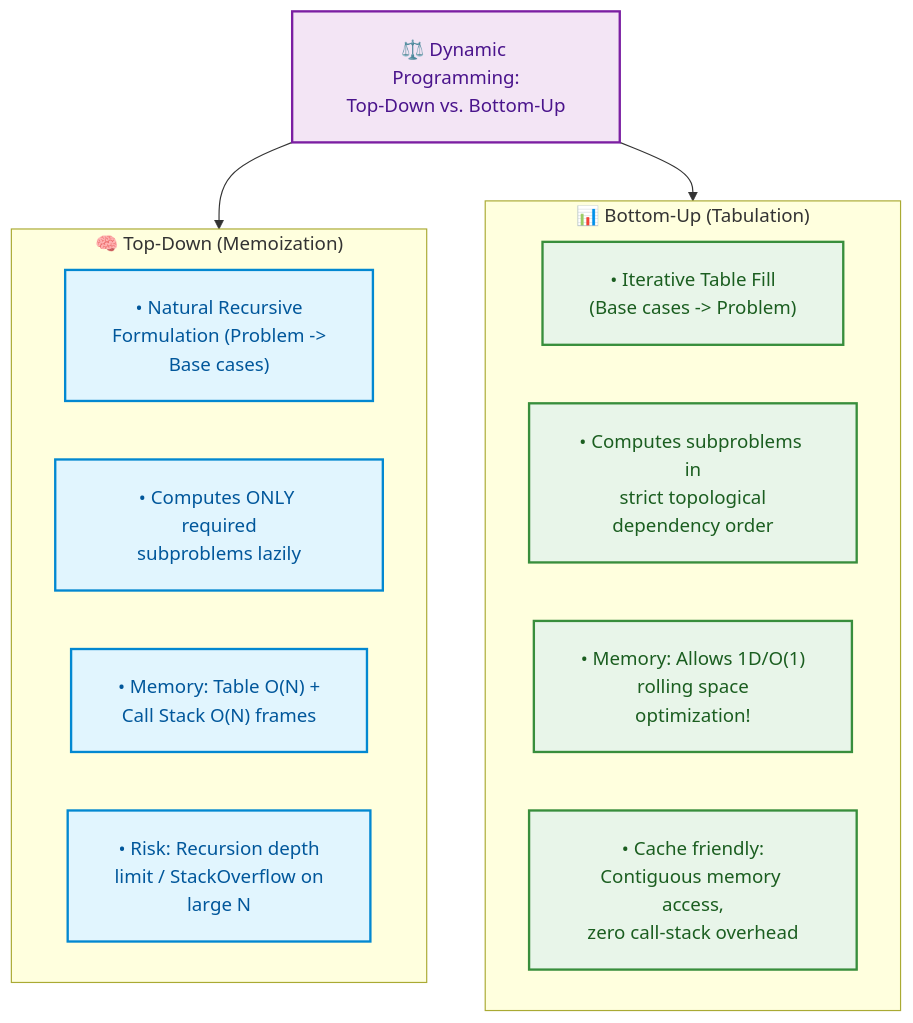
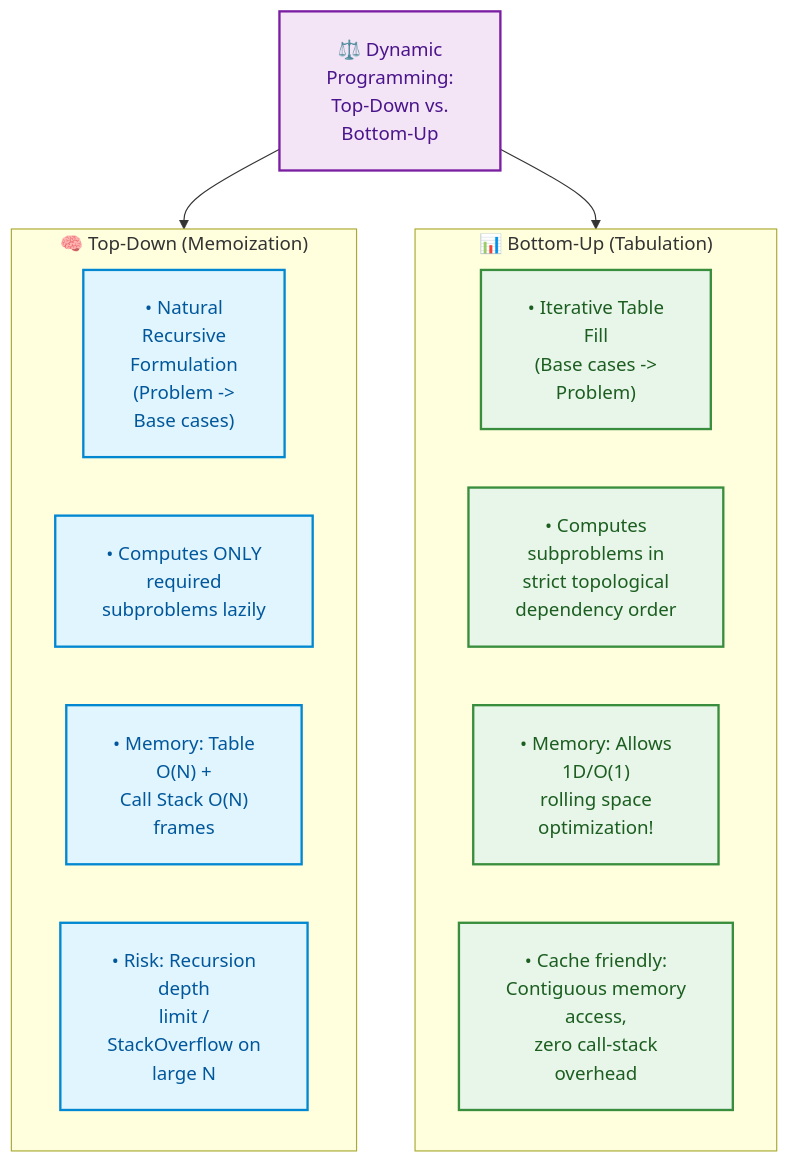
The first of 2 diagrams in week_10_dynamic_programming_i_fundamentals/WEEK_10_FULL_PLAYBOOK.md (dip4k/DSA_102), drawn with Mermaid before and after one commit. The commit also changed other lines of this file and 106 other files, not shown here.

First line of the commit message:
fix(mermaid): prevent text clipping with foreignObject overflow and tighter line wrapping

````diff
--- a/week_10_dynamic_programming_i_fundamentals/WEEK_10_FULL_PLAYBOOK.md
+++ b/week_10_dynamic_programming_i_fundamentals/WEEK_10_FULL_PLAYBOOK.md
@@ -259,25 +259,25 @@
 ```mermaid
-%%{init: {"flowchart": {"htmlLabels": true, "padding": 20}}}%%
+%%{init: {"flowchart": {"htmlLabels": true, "padding": 20}, "themeCSS": "foreignObject { overflow: visible !important; }"}}%%
 flowchart TD
     classDef top fill:#e1f5fe,stroke:#0288d1,color:#01579b,stroke-width:2px;
     classDef bot fill:#e8f5e9,stroke:#388e3c,color:#1b5e20,stroke-width:2px;
     classDef comp fill:#f3e5f5,stroke:#7b1fa2,color:#4a148c,stroke-width:2px;
 
-    R["⚖️ Dynamic Programming:<br/>Top-Down vs. Bottom-Up"]:::comp
+    R["⚖️ Dynamic<br/>Programming:<br/>Top-Down vs.<br/>Bottom-Up"]:::comp
 
     subgraph TopDown["🧠 Top-Down (Memoization)"]
-        T1["• Natural Recursive<br/>Formulation (Problem -><br/>Base cases)"]:::top
-        T2["• Computes ONLY required<br/>subproblems lazily"]:::top
-        T3["• Memory: Table O(N) +<br/>Call Stack O(N) frames"]:::top
-        T4["• Risk: Recursion depth<br/>limit / StackOverflow on<br/>large N"]:::top
+        T1["• Natural<br/>Recursive<br/>Formulation<br/>(Problem -><br/>Base cases)"]:::top
+        T2["• Computes ONLY<br/>required<br/>subproblems lazily"]:::top
+        T3["• Memory: Table<br/>O(N) +<br/>Call Stack O(N)<br/>frames"]:::top
+        T4["• Risk: Recursion<br/>depth<br/>limit /<br/>StackOverflow on<br/>large N"]:::top
     end
 
     subgraph BottomUp["📊 Bottom-Up (Tabulation)"]
-        B1["• Iterative Table Fill<br/>(Base cases -> Problem)"]:::bot
-        B2["• Computes subproblems in<br/>strict topological<br/>dependency order"]:::bot
-        B3["• Memory: Allows 1D/O(1)<br/>rolling space<br/>optimization!"]:::bot
-        B4["• Cache friendly:<br/>Contiguous memory access,<br/>zero call-stack overhead"]:::bot
+        B1["• Iterative Table<br/>Fill<br/>(Base cases -><br/>Problem)"]:::bot
+        B2["• Computes<br/>subproblems in<br/>strict topological<br/>dependency order"]:::bot
+        B3["• Memory: Allows<br/>1D/O(1)<br/>rolling space<br/>optimization!"]:::bot
+        B4["• Cache friendly:<br/>Contiguous memory<br/>access,<br/>zero call-stack<br/>overhead"]:::bot
     end
 
     R --> TopDown & BottomUp
 ```
````
